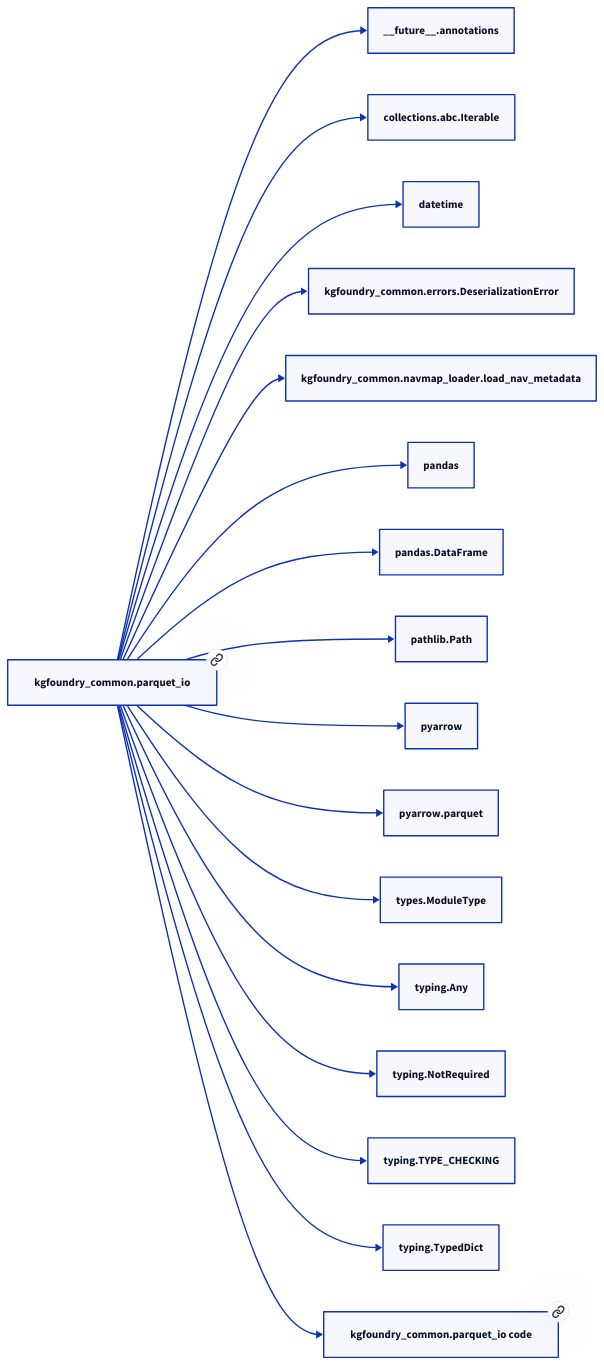
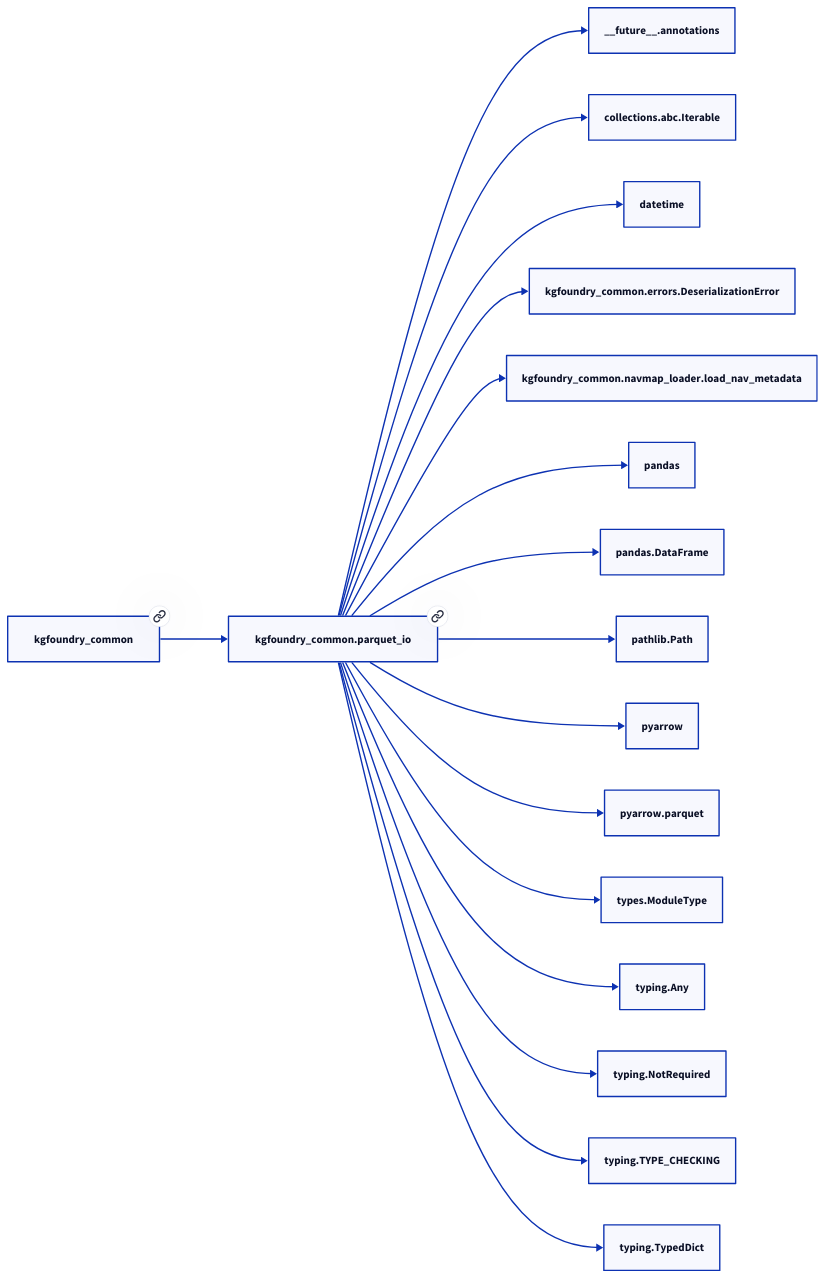
Before and after one commit to paul-heyse/kgforge: the second of 2 diagrams in docs/modules/kgfoundry_common/parquet_io.md, drawn with D2. The commit also changed other lines of this file and 208 other files, not shown here.

````diff
--- a/docs/modules/kgfoundry_common/parquet_io.md
+++ b/docs/modules/kgfoundry_common/parquet_io.md
@@ -73,36 +77,36 @@
 ```d2
 direction: right
-"kgfoundry_common.parquet_io": "kgfoundry_common.parquet_io" { link: "./kgfoundry_common/parquet_io.md" }
+"kgfoundry_common.parquet_io": "kgfoundry_common.parquet_io" { link: "https://github.com/paul-heyse/kgfoundry/blob/main/src/kgfoundry_common/parquet_io.py" }
 "__future__.annotations": "__future__.annotations"
 "kgfoundry_common.parquet_io" -> "__future__.annotations"
 "collections.abc.Iterable": "collections.abc.Iterable"
 "kgfoundry_common.parquet_io" -> "collections.abc.Iterable"
 "datetime": "datetime"
 "kgfoundry_common.parquet_io" -> "datetime"
 "kgfoundry_common.errors.DeserializationError": "kgfoundry_common.errors.DeserializationError"
 "kgfoundry_common.parquet_io" -> "kgfoundry_common.errors.DeserializationError"
 "kgfoundry_common.navmap_loader.load_nav_metadata": "kgfoundry_common.navmap_loader.load_nav_metadata"
 "kgfoundry_common.parquet_io" -> "kgfoundry_common.navmap_loader.load_nav_metadata"
 "pandas": "pandas"
 "kgfoundry_common.parquet_io" -> "pandas"
 "pandas.DataFrame": "pandas.DataFrame"
 "kgfoundry_common.parquet_io" -> "pandas.DataFrame"
 "pathlib.Path": "pathlib.Path"
 "kgfoundry_common.parquet_io" -> "pathlib.Path"
 "pyarrow": "pyarrow"
 "kgfoundry_common.parquet_io" -> "pyarrow"
 "pyarrow.parquet": "pyarrow.parquet"
 "kgfoundry_common.parquet_io" -> "pyarrow.parquet"
 "types.ModuleType": "types.ModuleType"
 "kgfoundry_common.parquet_io" -> "types.ModuleType"
 "typing.Any": "typing.Any"
 "kgfoundry_common.parquet_io" -> "typing.Any"
 "typing.NotRequired": "typing.NotRequired"
 "kgfoundry_common.parquet_io" -> "typing.NotRequired"
 "typing.TYPE_CHECKING": "typing.TYPE_CHECKING"
 "kgfoundry_common.parquet_io" -> "typing.TYPE_CHECKING"
 "typing.TypedDict": "typing.TypedDict"
 "kgfoundry_common.parquet_io" -> "typing.TypedDict"
-"kgfoundry_common.parquet_io_code": "kgfoundry_common.parquet_io code" { link: "https://github.com/kgfoundry/kgfoundry/blob/main/src/kgfoundry_common/parquet_io.py" }
-"kgfoundry_common.parquet_io" -> "kgfoundry_common.parquet_io_code" { style: dashed }
+"kgfoundry_common": "kgfoundry_common" { link: "https://github.com/paul-heyse/kgfoundry/blob/main/src/kgfoundry_common/__init__.py" }
+"kgfoundry_common" -> "kgfoundry_common.parquet_io" { style: dashed }
 ```
````
